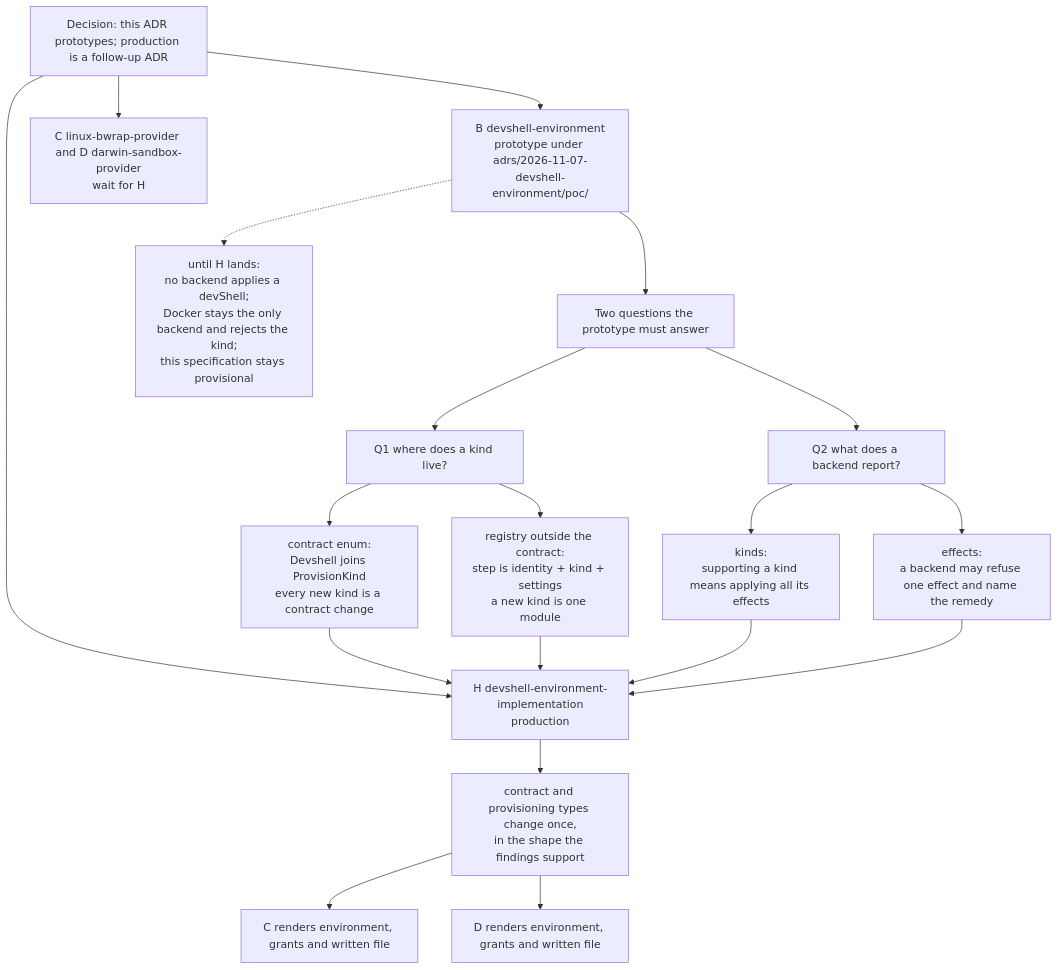
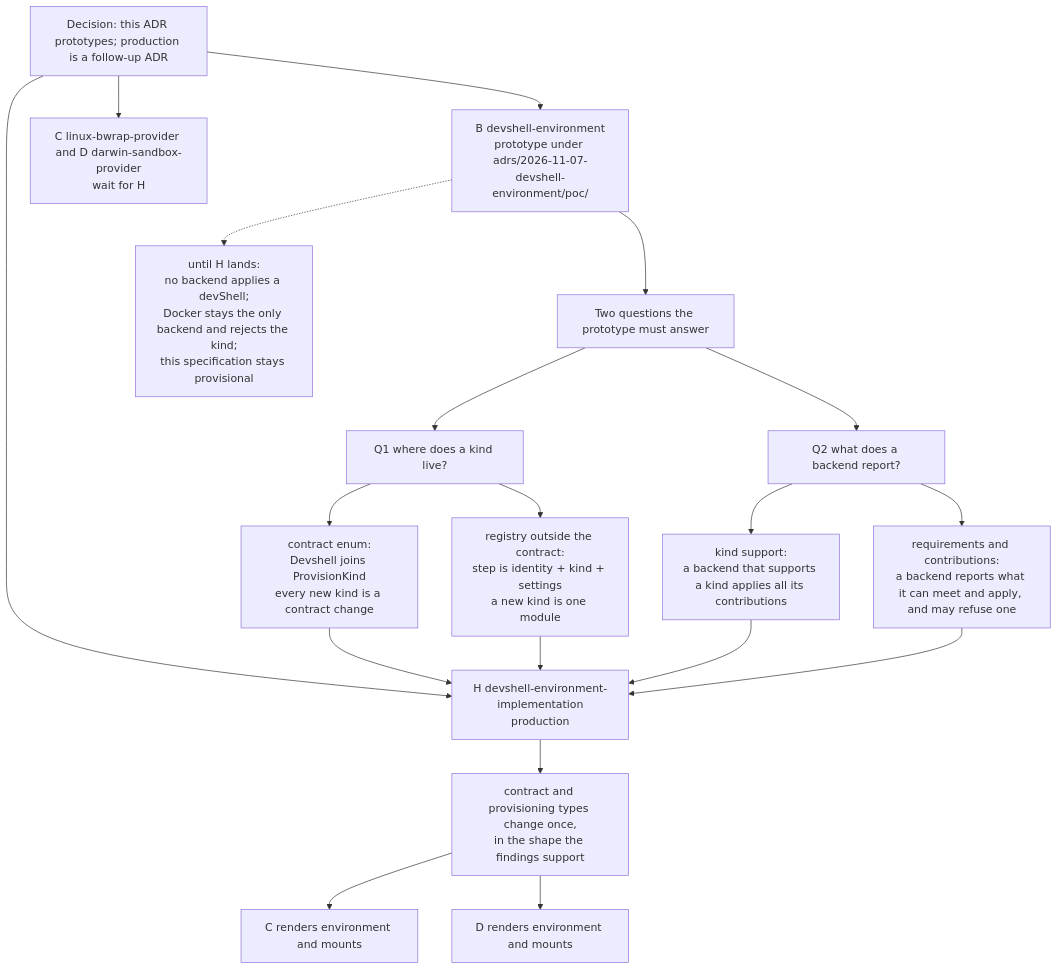
The first of 2 diagrams in maps/2026-10-31-nix-devshell-sandbox/HANDOVER.md (throwparty/agentkit), drawn with Mermaid before and after one commit. The commit also changed 7 other files, not shown here.

First line of the commit message:
2026-11-07-devshell-environment: model two kinds, requirements and contributions

````diff
--- a/maps/2026-10-31-nix-devshell-sandbox/HANDOVER.md
+++ b/maps/2026-10-31-nix-devshell-sandbox/HANDOVER.md
@@ -28,29 +28,29 @@
 ```mermaid
 flowchart TB
     D["Decision: this ADR prototypes; production is a follow-up ADR"]
 
     D --> P["B devshell-environment<br/>prototype under adrs/2026-11-07-devshell-environment/poc/"]
     D --> I["H devshell-environment-implementation<br/>production"]
     D --> W["C linux-bwrap-provider and D darwin-sandbox-provider<br/>wait for H"]
 
     P --> Q["Two questions the prototype must answer"]
     Q --> Q1["Q1 where does a kind live?"]
     Q --> Q2["Q2 what does a backend report?"]
 
     Q1 --> Q1a["contract enum:<br/>Devshell joins ProvisionKind<br/>every new kind is a contract change"]
     Q1 --> Q1b["registry outside the contract:<br/>step is identity + kind + settings<br/>a new kind is one module"]
 
-    Q2 --> Q2a["kinds:<br/>supporting a kind means applying all its effects"]
-    Q2 --> Q2b["effects:<br/>a backend may refuse one effect and name the remedy"]
+    Q2 --> Q2a["kind support:<br/>a backend that supports a kind applies all its contributions"]
+    Q2 --> Q2b["requirements and contributions:<br/>a backend reports what it can meet and apply, and may refuse one"]
 
     Q1a --> I
     Q1b --> I
     Q2a --> I
     Q2b --> I
 
     I --> B["contract and provisioning types change once,<br/>in the shape the findings support"]
-    B --> C["C renders environment, grants and written file"]
-    B --> A["D renders environment, grants and written file"]
+    B --> C["C renders environment and mounts"]
+    B --> A["D renders environment and mounts"]
 
     P -.-> U["until H lands:<br/>no backend applies a devShell;<br/>Docker stays the only backend and rejects the kind;<br/>this specification stays provisional"]
 ```
````
